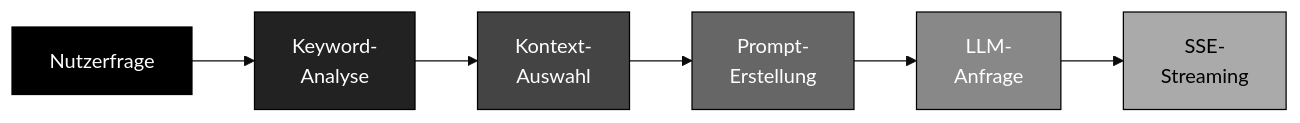
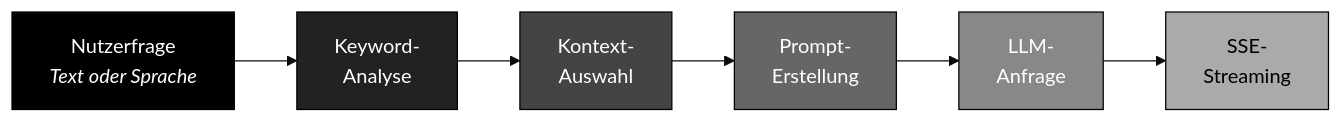
The second of 2 diagrams in README.md (Kelliaenvisioned219/gkv-chatbot), drawn with Mermaid (base theme) before and after one commit. The commit also changed other lines of this file, not shown here.

First line of the commit message:
Polish README for SEO: bilingual keywords, use-cases, voice features, keyword cloud

````diff
--- a/README.md
+++ b/README.md
@@ -143,15 +158,15 @@
 ```mermaid
 flowchart LR
-    A["Nutzerfrage"] --> B["Keyword-<br>Analyse"]
+    A["Nutzerfrage<br><em>Text oder Sprache</em>"] --> B["Keyword-<br>Analyse"]
     B --> C["Kontext-<br>Auswahl"]
     C --> D["Prompt-<br>Erstellung"]
     D --> E["LLM-<br>Anfrage"]
     E --> F["SSE-<br>Streaming"]
 
     style A fill:#000,stroke:#000,color:#fff
     style B fill:#222,stroke:#000,color:#fff
     style C fill:#444,stroke:#000,color:#fff
     style D fill:#666,stroke:#000,color:#fff
     style E fill:#888,stroke:#000,color:#fff
     style F fill:#aaa,stroke:#000,color:#000
 ```
````
